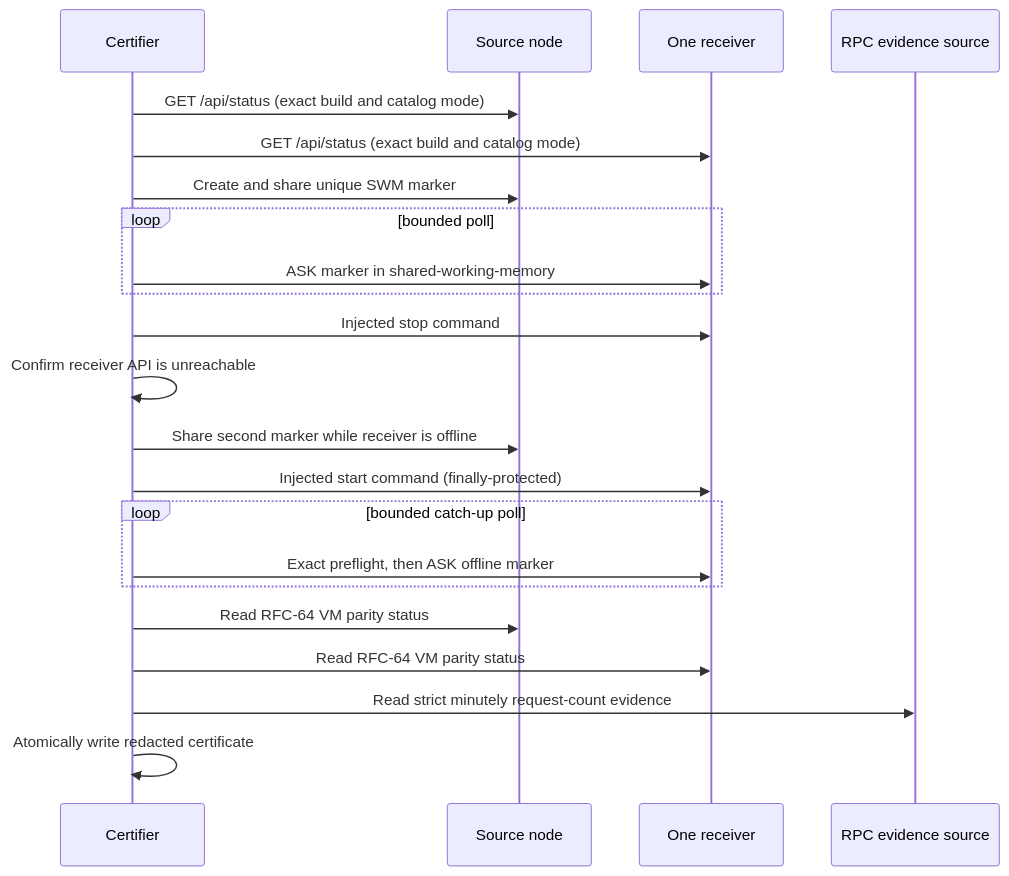
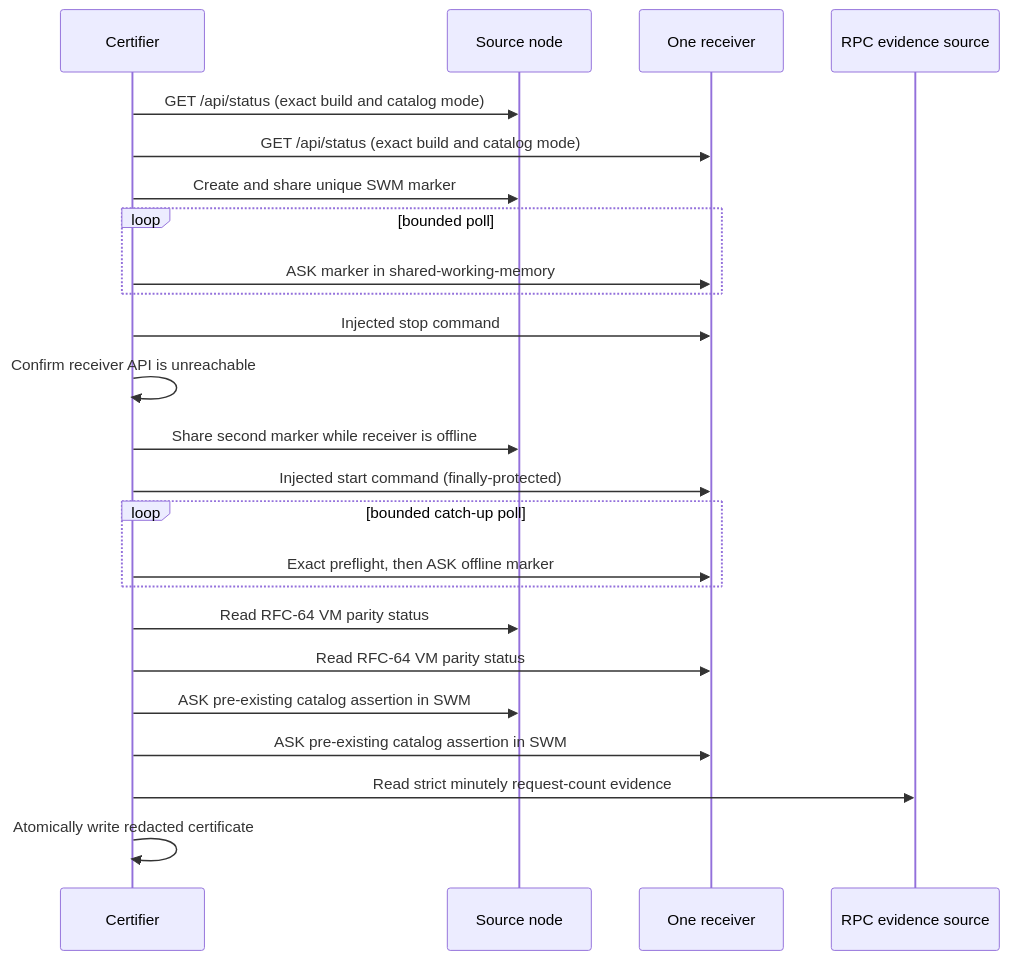
Before and after one commit to OriginTrail/dkg: the diagram in packages/agent/devnet/rfc64-remote-canary/README.md, drawn with Mermaid. The commit also changed other lines of this file and 3 other files, not shown here.

````diff
--- a/packages/agent/devnet/rfc64-remote-canary/README.md
+++ b/packages/agent/devnet/rfc64-remote-canary/README.md
@@ -39,25 +48,27 @@
 ```mermaid
 sequenceDiagram
   participant C as Certifier
   participant S as Source node
   participant R as One receiver
   participant E as RPC evidence source
 
   C->>S: GET /api/status (exact build and catalog mode)
   C->>R: GET /api/status (exact build and catalog mode)
   C->>S: Create and share unique SWM marker
   loop bounded poll
     C->>R: ASK marker in shared-working-memory
   end
   C->>R: Injected stop command
   C->>C: Confirm receiver API is unreachable
   C->>S: Share second marker while receiver is offline
   C->>R: Injected start command (finally-protected)
   loop bounded catch-up poll
     C->>R: Exact preflight, then ASK offline marker
   end
   C->>S: Read RFC-64 VM parity status
   C->>R: Read RFC-64 VM parity status
+  C->>S: ASK pre-existing catalog assertion in SWM
+  C->>R: ASK pre-existing catalog assertion in SWM
   C->>E: Read strict minutely request-count evidence
   C->>C: Atomically write redacted certificate
 ```
````
